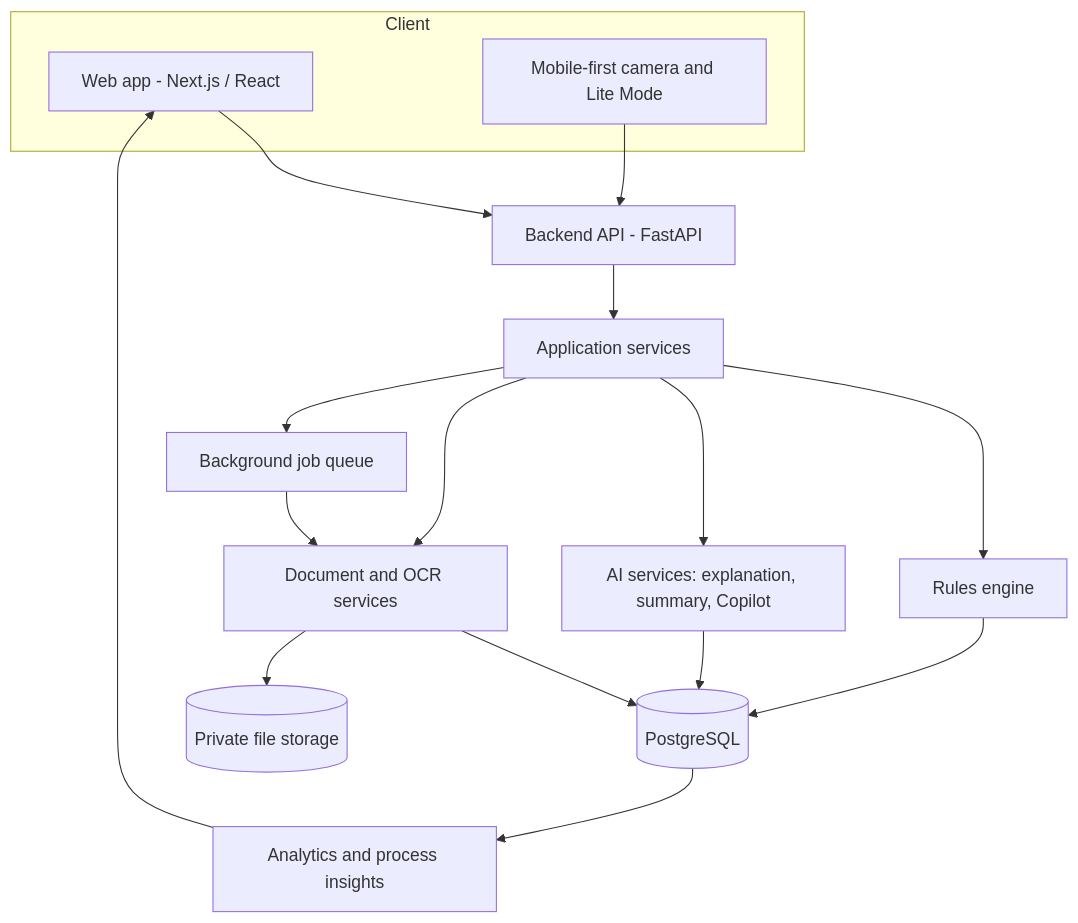
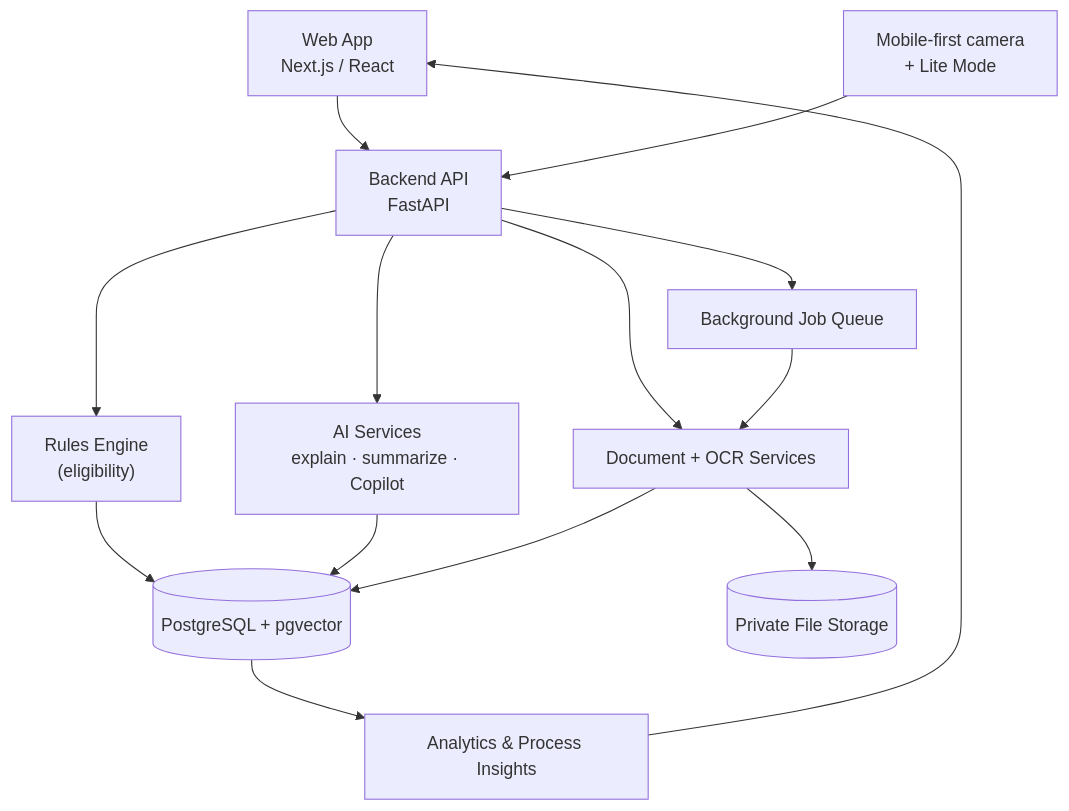
One commit to CodeBy-Divya/AAROHAN--AI-Powered-Scholarship-Fellowship-Platform- changed the second of 3 diagrams in README.md. Above: the diagram before and after it, drawn with Mermaid. The commit also changed other lines of this file, not shown here.

````diff
--- a/README.md
+++ b/README.md
@@ -178,21 +115,16 @@
 ```mermaid
 flowchart TD
-    subgraph Client
-        FE[Web app - Next.js / React]
-        MOB[Mobile-first camera and Lite Mode]
-    end
-    FE --> API[Backend API - FastAPI]
-    MOB --> API
-    API --> SVC[Application services]
-    SVC --> RULES[Rules engine]
-    SVC --> AI[AI services: explanation, summary, Copilot]
-    SVC --> OCR[Document and OCR services]
-    SVC --> JOBS[Background job queue]
+    FE["Web App<br/>Next.js / React"] --> API["Backend API<br/>FastAPI"]
+    MOB["Mobile-first camera<br/>+ Lite Mode"] --> API
+    API --> RULES["Rules Engine<br/>(eligibility)"]
+    API --> AI["AI Services<br/>explain · summarize · Copilot"]
+    API --> OCR["Document + OCR Services"]
+    API --> JOBS["Background Job Queue"]
     JOBS --> OCR
-    RULES --> DB[(PostgreSQL)]
+    RULES --> DB[("PostgreSQL + pgvector")]
     AI --> DB
     OCR --> DB
-    OCR --> STORE[(Private file storage)]
-    DB --> AN[Analytics and process insights]
+    OCR --> STORE[("Private File Storage")]
+    DB --> AN["Analytics & Process Insights"]
     AN --> FE
 ```
````
